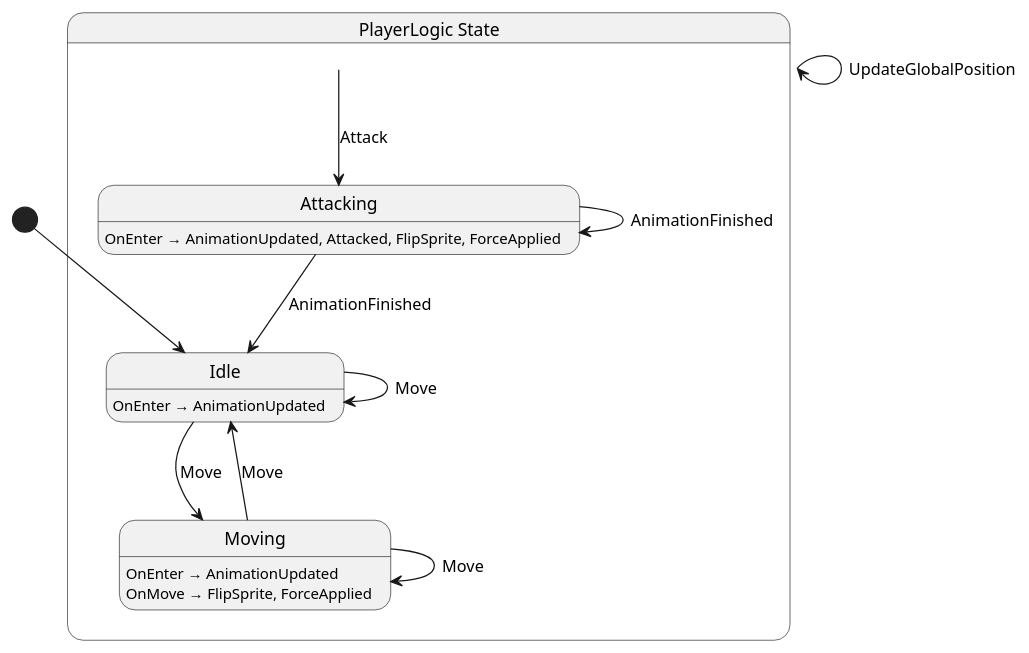
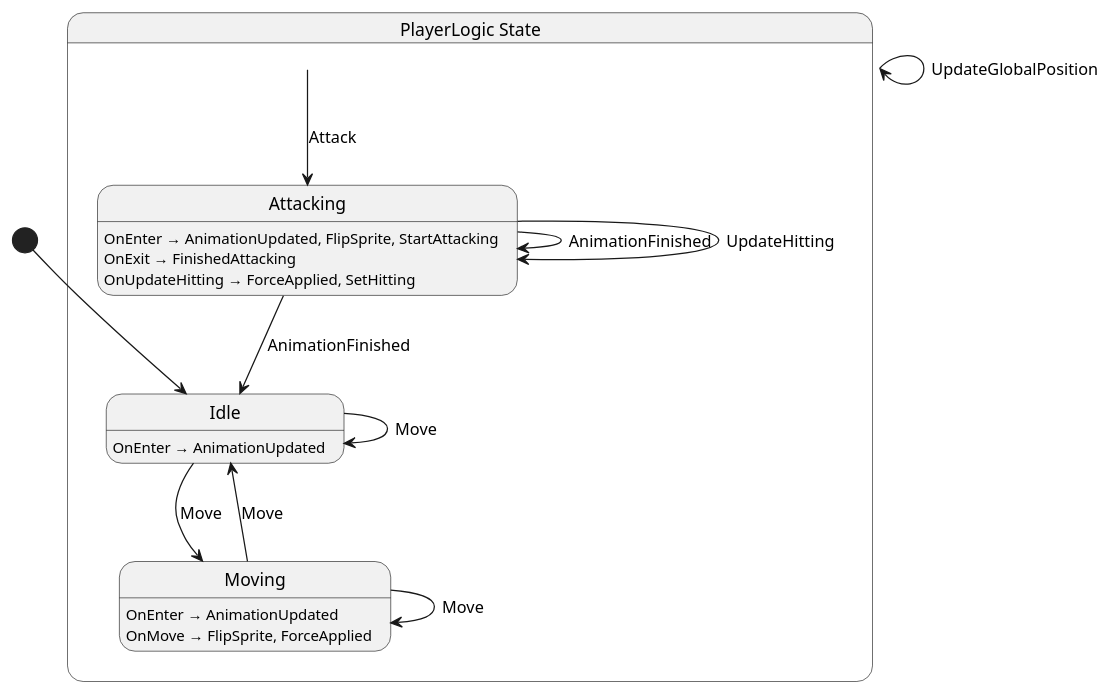
The diagram in src/player/state/PlayerLogic.g.puml (nilsiker/godot-wild-jam-77), drawn with PlantUML before and after one commit. The commit also changed 39 other files, not shown here.

```diff
--- a/src/player/state/PlayerLogic.g.puml
+++ b/src/player/state/PlayerLogic.g.puml
@@ -1,23 +1,26 @@
 @startuml PlayerLogic
 state "PlayerLogic State" as Nevergreen_PlayerLogic_State {
   state "Attacking" as Nevergreen_PlayerLogic_State_Attacking
   state "Idle" as Nevergreen_PlayerLogic_State_Idle
   state "Moving" as Nevergreen_PlayerLogic_State_Moving
 }
 
 Nevergreen_PlayerLogic_State --> Nevergreen_PlayerLogic_State : UpdateGlobalPosition
 Nevergreen_PlayerLogic_State --> Nevergreen_PlayerLogic_State_Attacking : Attack
 Nevergreen_PlayerLogic_State_Attacking --> Nevergreen_PlayerLogic_State_Attacking : AnimationFinished
+Nevergreen_PlayerLogic_State_Attacking --> Nevergreen_PlayerLogic_State_Attacking : UpdateHitting
 Nevergreen_PlayerLogic_State_Attacking --> Nevergreen_PlayerLogic_State_Idle : AnimationFinished
 Nevergreen_PlayerLogic_State_Idle --> Nevergreen_PlayerLogic_State_Idle : Move
 Nevergreen_PlayerLogic_State_Idle --> Nevergreen_PlayerLogic_State_Moving : Move
 Nevergreen_PlayerLogic_State_Moving --> Nevergreen_PlayerLogic_State_Idle : Move
 Nevergreen_PlayerLogic_State_Moving --> Nevergreen_PlayerLogic_State_Moving : Move
 
-Nevergreen_PlayerLogic_State_Attacking : OnEnter → AnimationUpdated, Attacked, FlipSprite, ForceApplied
+Nevergreen_PlayerLogic_State_Attacking : OnEnter → AnimationUpdated, FlipSprite, StartAttacking
+Nevergreen_PlayerLogic_State_Attacking : OnExit → FinishedAttacking
+Nevergreen_PlayerLogic_State_Attacking : OnUpdateHitting → ForceApplied, SetHitting
 Nevergreen_PlayerLogic_State_Idle : OnEnter → AnimationUpdated
 Nevergreen_PlayerLogic_State_Moving : OnEnter → AnimationUpdated
 Nevergreen_PlayerLogic_State_Moving : OnMove → FlipSprite, ForceApplied
 
 [*] --> Nevergreen_PlayerLogic_State_Idle
 @enduml
```
